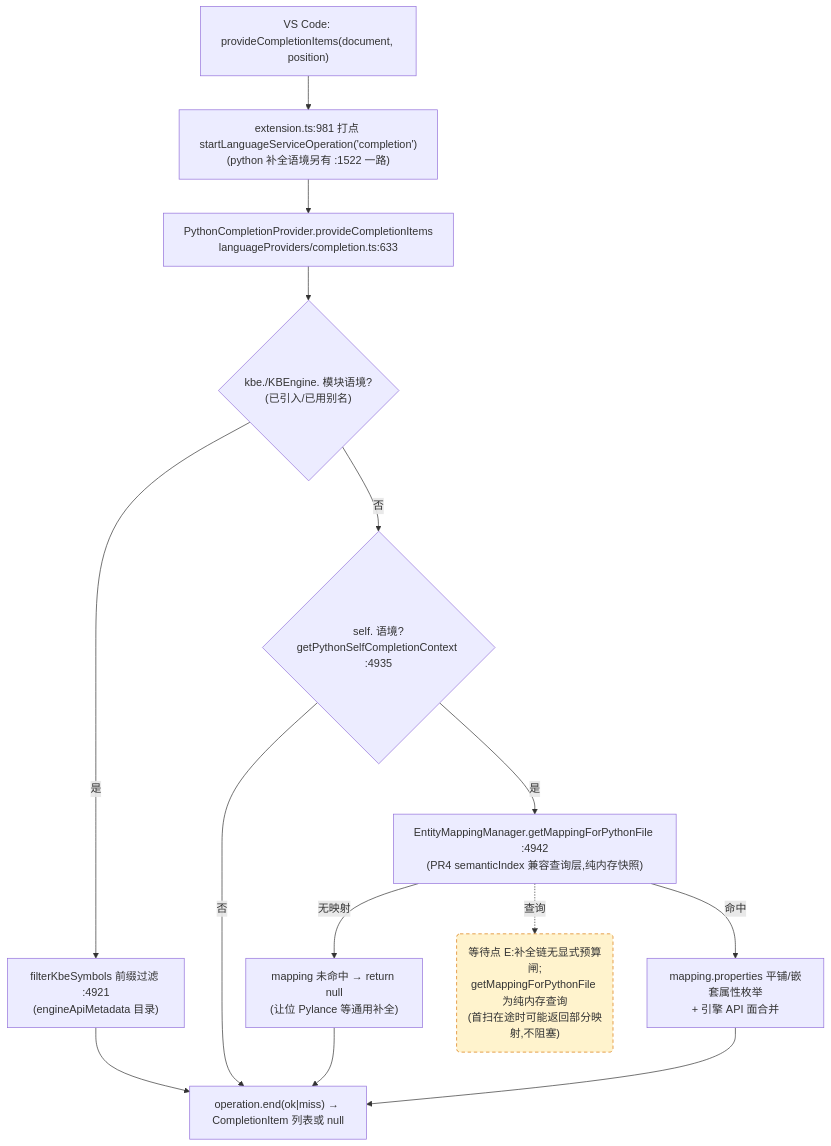
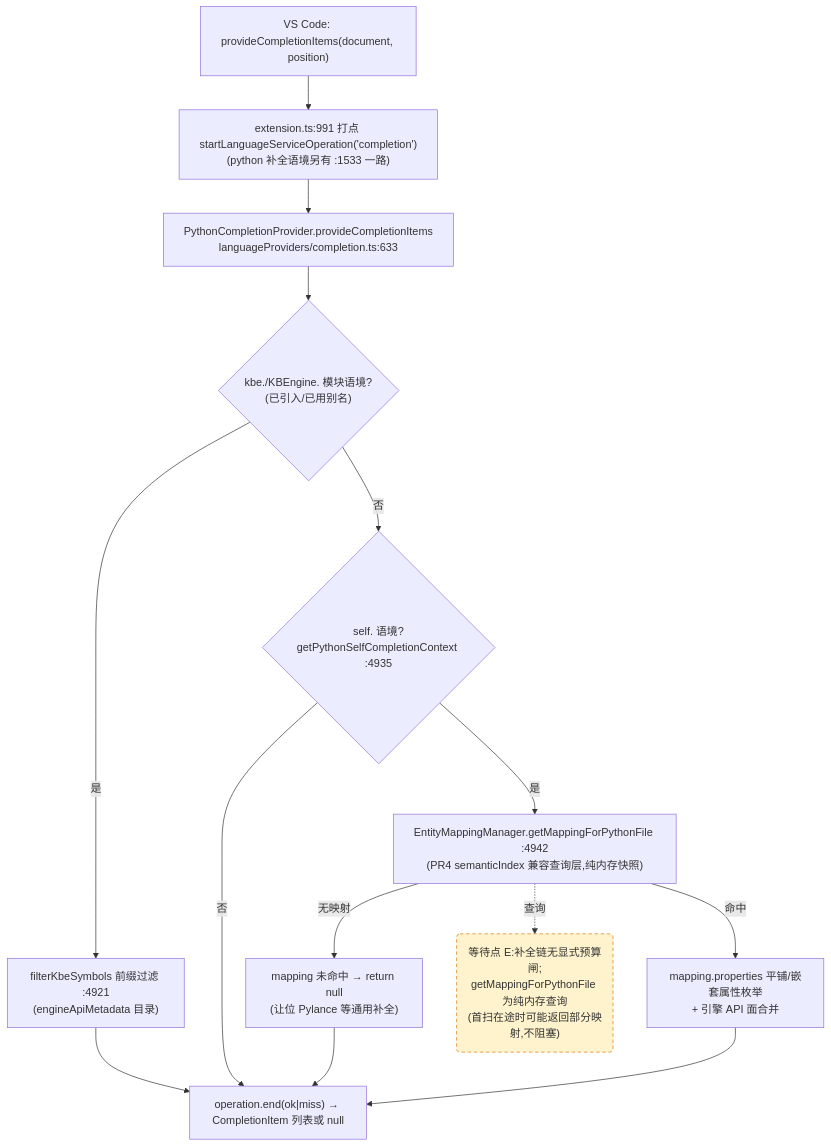
One commit to cuihairu/kode changed the third of 4 diagrams in docs/perf/2026-baseline.md. Above: the diagram before and after it, drawn with Mermaid. The commit also changed other lines of this file and 13 other files, not shown here.

First line of the commit message:
feat(configData): config-data mutation diagnostics and schema hover (KODE-CFG-016)

````diff
--- a/docs/perf/2026-baseline.md
+++ b/docs/perf/2026-baseline.md
@@ -184,27 +184,27 @@
 ```mermaid
 flowchart TD
   VC3["VS Code: provideCompletionItems(document, position)"]
-  M3["extension.ts:981 打点 startLanguageServiceOperation('completion')<br/>(python 补全语境另有 :1522 一路)"]
+  M3["extension.ts:991 打点 startLanguageServiceOperation('completion')<br/>(python 补全语境另有 :1533 一路)"]
   CP["PythonCompletionProvider.provideCompletionItems<br/>languageProviders/completion.ts:633"]
   KBEC{"kbe./KBEngine. 模块语境?<br/>(已引入/已用别名)"}
   FILTER["filterKbeSymbols 前缀过滤 :4921<br/>(engineApiMetadata 目录)"]
   SELFC{"self. 语境?<br/>getPythonSelfCompletionContext :4935"}
   MAP["EntityMappingManager.getMappingForPythonFile :4942<br/>(PR4 semanticIndex 兼容查询层,纯内存快照)"]
   NOMAP["mapping 未命中 → return null<br/>(让位 Pylance 等通用补全)"]
   PROPS["mapping.properties 平铺/嵌套属性枚举<br/>+ 引擎 API 面合并"]
   END3["operation.end(ok|miss) → CompletionItem 列表或 null"]
 
   VC3 --> M3 --> CP --> KBEC
   KBEC -- "是" --> FILTER --> END3
   KBEC -- "否" --> SELFC
   SELFC -- "否" --> END3
   SELFC -- "是" --> MAP
   MAP -- "无映射" --> NOMAP --> END3
   MAP -- "命中" --> PROPS --> END3
 
   WAITE("等待点 E:补全链无显式预算闸;<br/>getMappingForPythonFile 为纯内存查询<br/>(首扫在途时可能返回部分映射,不阻塞)")
   MAP -.->|查询| WAITE
 
   classDef waitPoint fill:#fff3cd,stroke:#d97706,stroke-dasharray:5 4;
   class WAITE waitPoint;
 ```
````
